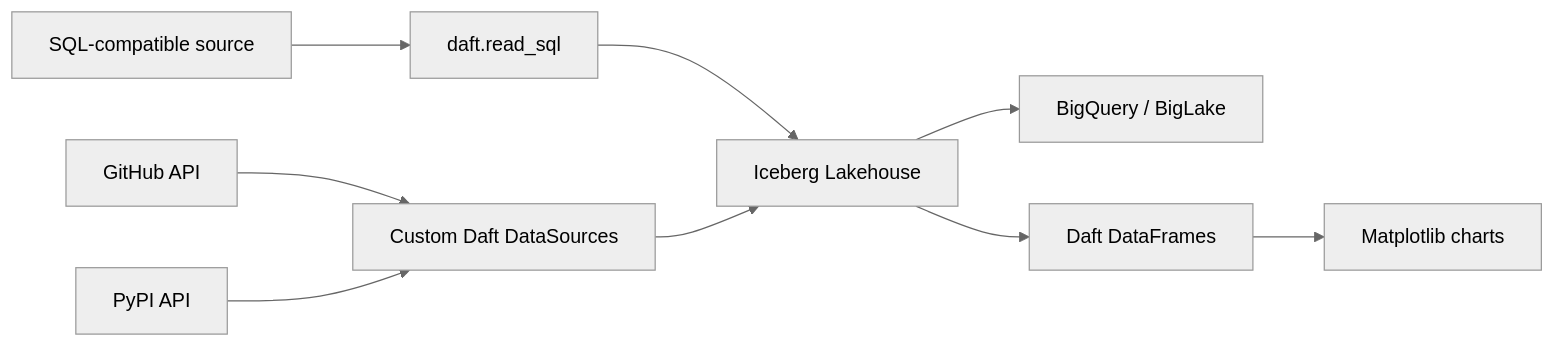
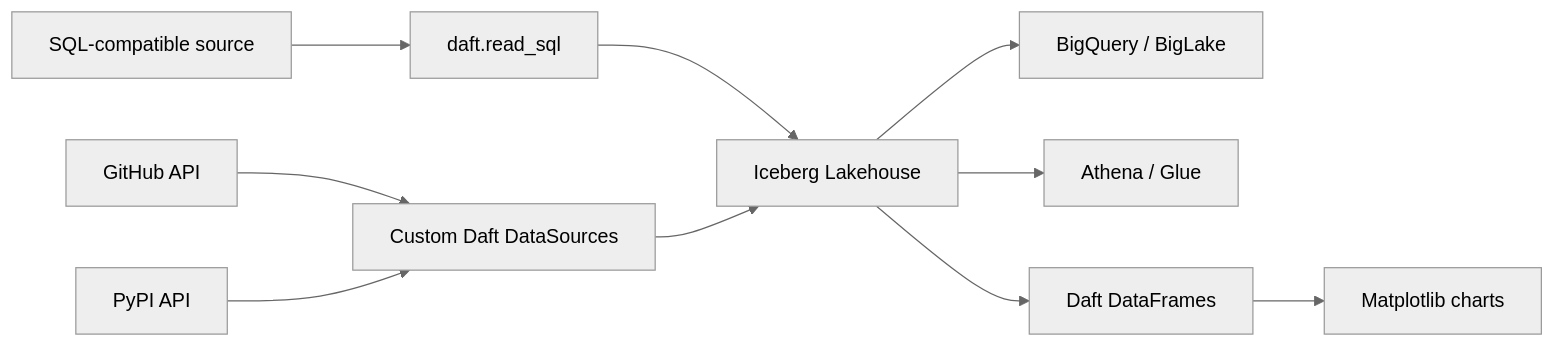
Before and after one commit to Eventual-Inc/daft-examples: the diagram in pipelines/lakehouse_analytics/README.md, drawn with Mermaid (neutral theme). The commit also changed other lines of this file and 5 other files, not shown here.

First line of the commit message:
feat: add AWS S3 + Glue as third lakehouse backend, with S3 Files mount option

````diff
--- a/pipelines/lakehouse_analytics/README.md
+++ b/pipelines/lakehouse_analytics/README.md
@@ -14,11 +20,12 @@
 ```mermaid
 flowchart LR
     github[GitHub API] --> sources[Custom Daft DataSources]
     pypi[PyPI API] --> sources
     sql[SQL-compatible source] --> read_sql[daft.read_sql]
     read_sql --> lakehouse[Iceberg Lakehouse]
     sources --> lakehouse
     lakehouse --> bigquery[BigQuery / BigLake]
+    lakehouse --> athena[Athena / Glue]
     lakehouse --> daft[Daft DataFrames]
     daft --> charts[Matplotlib charts]
 ```
````
